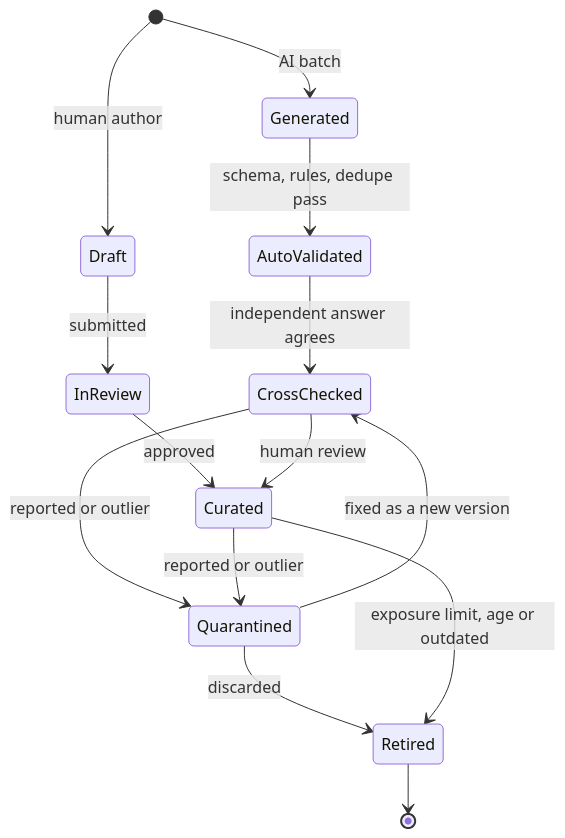
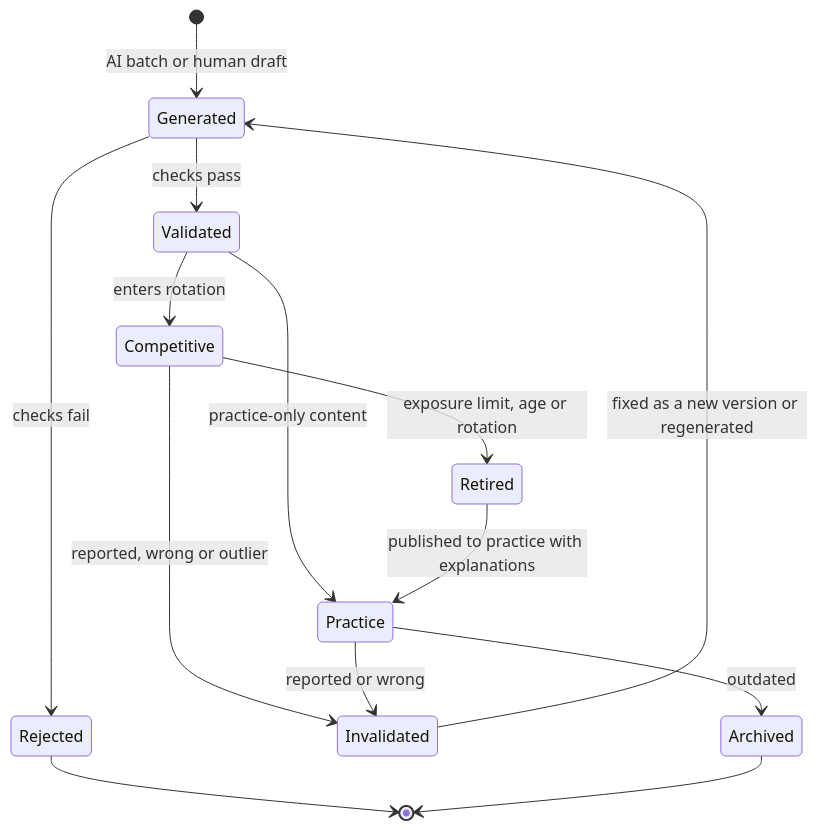
Before and after one commit to ricardoverita/cv-rush: the second of 2 diagrams in docs/questions/content-strategy.md, drawn with Mermaid. The commit also changed other lines of this file and 34 other files, not shown here.

````diff
--- a/docs/questions/content-strategy.md
+++ b/docs/questions/content-strategy.md
@@ -88,16 +81,16 @@
 ```mermaid
 stateDiagram-v2
-  [*] --> Generated: AI batch
-  [*] --> Draft: human author
-  Generated --> AutoValidated: schema, rules, dedupe pass
-  AutoValidated --> CrossChecked: independent answer agrees
-  Draft --> InReview: submitted
-  InReview --> Curated: approved
-  CrossChecked --> Curated: human review
-  CrossChecked --> Quarantined: reported or outlier
-  Curated --> Quarantined: reported or outlier
-  Quarantined --> CrossChecked: fixed as a new version
-  Quarantined --> Retired: discarded
-  Curated --> Retired: exposure limit, age or outdated
-  Retired --> [*]
+  [*] --> Generated: AI batch or human draft
+  Generated --> Validated: checks pass
+  Generated --> Rejected: checks fail
+  Validated --> Competitive: enters rotation
+  Validated --> Practice: practice-only content
+  Competitive --> Retired: exposure limit, age or rotation
+  Retired --> Practice: published to practice with explanations
+  Competitive --> Invalidated: reported, wrong or outlier
+  Practice --> Invalidated: reported or wrong
+  Invalidated --> Generated: fixed as a new version or regenerated
+  Practice --> Archived: outdated
+  Rejected --> [*]
+  Archived --> [*]
 ```
````
